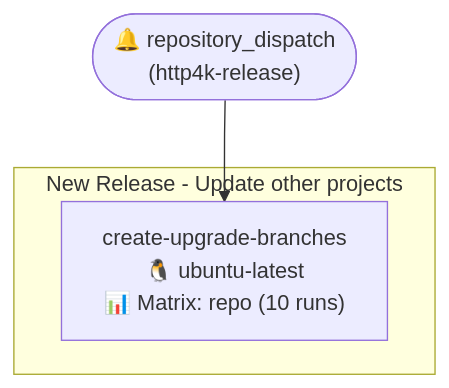
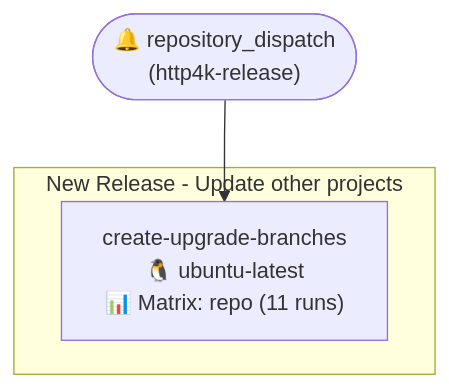
The first of 2 diagrams in .github/typeflows/new-release-upgrade-branches/README.md (http4k/http4k), drawn with Mermaid before and after one commit. The commit also changed 2 other files, not shown here.

Commit message:
add new repo to release branches

````diff
--- a/.github/typeflows/new-release-upgrade-branches/README.md
+++ b/.github/typeflows/new-release-upgrade-branches/README.md
@@ -3,9 +3,9 @@
 ```mermaid
 %%{init: {"flowchart": {"curve": "basis"}}}%%
 flowchart TD
     repositorydispatch(["🔔 repository_dispatch<br/>(http4k-release)"])
     subgraph newreleaseupgradebranchesyml["New Release - Update other projects"]
-        newreleaseupgradebranchesyml_createupgradebranches["create-upgrade-branches<br/>🐧 ubuntu-latest<br/>📊 Matrix: repo (10 runs)"]
+        newreleaseupgradebranchesyml_createupgradebranches["create-upgrade-branches<br/>🐧 ubuntu-latest<br/>📊 Matrix: repo (11 runs)"]
     end
     repositorydispatch --> newreleaseupgradebranchesyml_createupgradebranches
 ```
````
